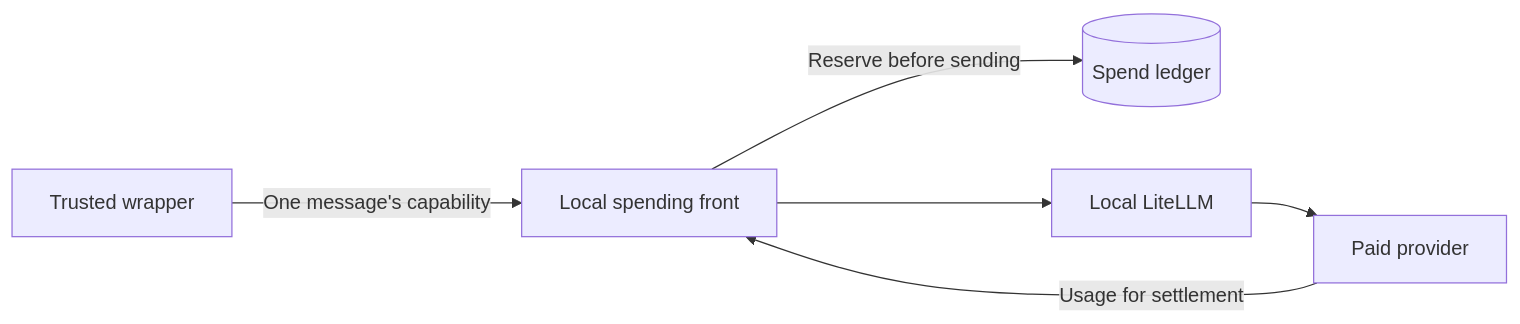
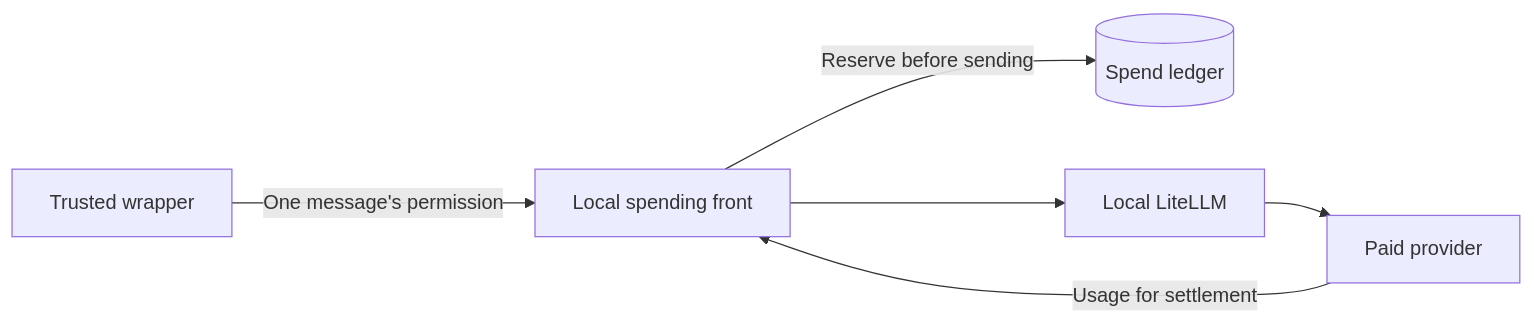
The diagram in docs/OPERATIONS.md (zoolok17/agenttalk), drawn with Mermaid before and after one commit. The commit also changed other lines of this file and 1 other file, not shown here.

````diff
--- a/docs/OPERATIONS.md
+++ b/docs/OPERATIONS.md
@@ -357,8 +420,8 @@
 ```mermaid
 flowchart LR
-    W[Trusted wrapper] -->|One message's capability| F[Local spending front]
+    W[Trusted wrapper] -->|One message's permission| F[Local spending front]
     F -->|Reserve before sending| L[(Spend ledger)]
     F --> I[Local LiteLLM]
     I --> P[Paid provider]
     P -->|Usage for settlement| F
 ```
````
